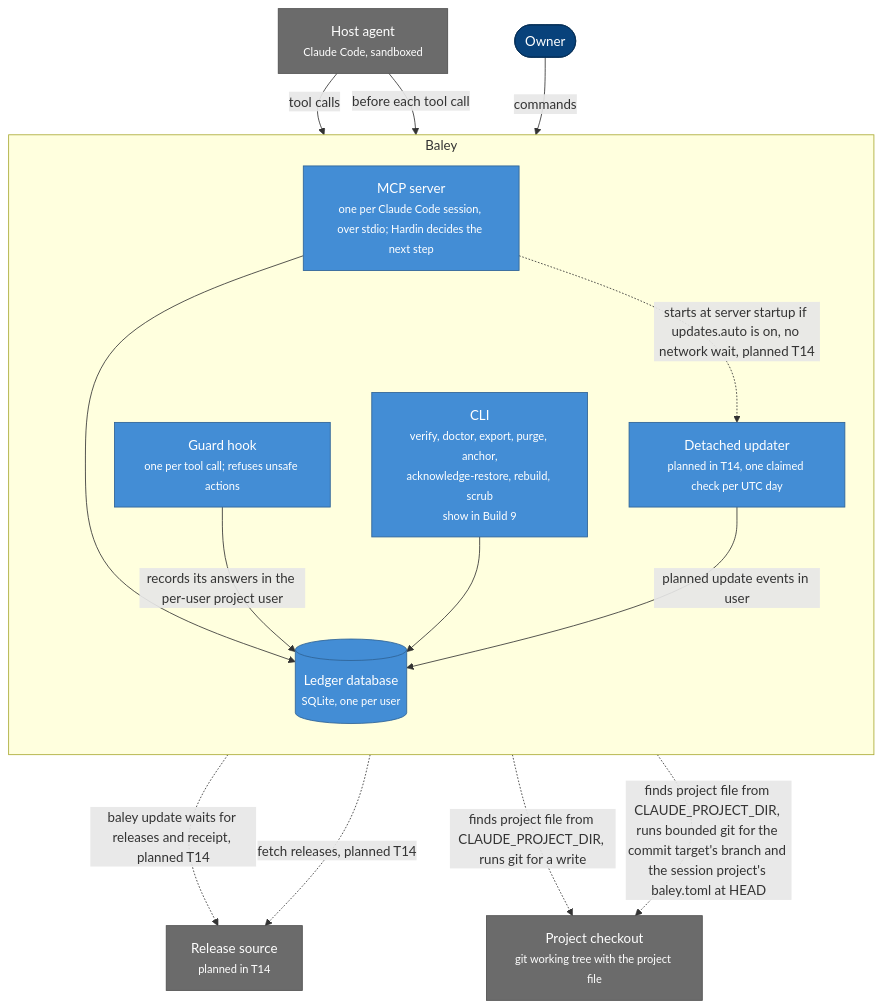
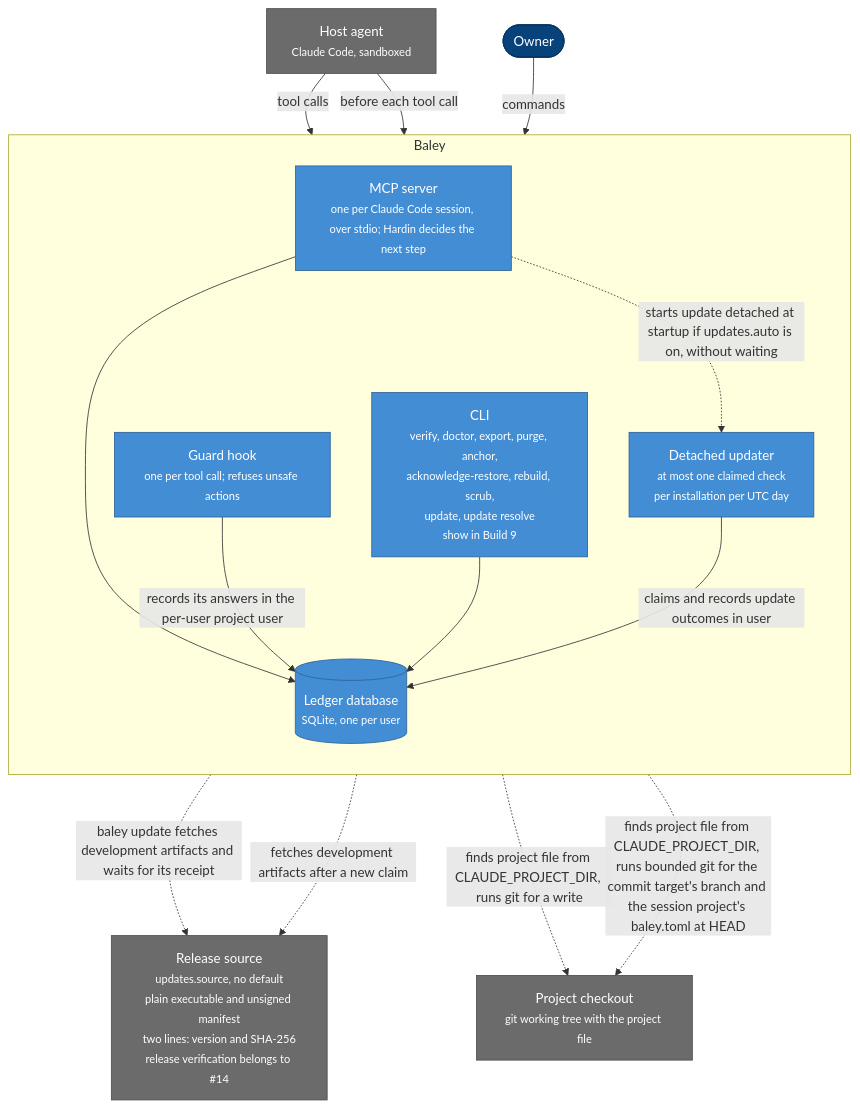
One commit to crenshawdev/baley changed the second of 14 diagrams in docs/design/0001-evidence-ledger.md. Above: the diagram before and after it, drawn with Mermaid. The commit also changed other lines of this file and 1 other file, not shown here.

First line of the commit message:
docs(design): say the ledger and settings designs' updater is built, with its claims, events and source setting

````diff
--- a/docs/design/0001-evidence-ledger.md
+++ b/docs/design/0001-evidence-ledger.md
@@ -158,33 +158,33 @@
 ```mermaid
 flowchart TB
   owner(["Owner"])
   host["Host agent<br/><small>Claude Code, sandboxed</small>"]
   subgraph baley [Baley]
     direction TB
     server["MCP server<br/><small>one per Claude Code session, over stdio; Hardin decides the next step</small>"]
     guard["Guard hook<br/><small>one per tool call; refuses unsafe actions</small>"]
-    cli["CLI<br/><small>verify, doctor, export, purge, anchor,<br/>acknowledge-restore, rebuild, scrub<br/>show in Build 9</small>"]
-    updater["Detached updater<br/><small>planned in T14, one claimed check per UTC day</small>"]
+    cli["CLI<br/><small>verify, doctor, export, purge, anchor,<br/>acknowledge-restore, rebuild, scrub,<br/>update, update resolve<br/>show in Build 9</small>"]
+    updater["Detached updater<br/><small>at most one claimed check<br/>per installation per UTC day</small>"]
     db[("Ledger database<br/><small>SQLite, one per user</small>")]
   end
-  releases["Release source<br/><small>planned in T14</small>"]
+  releases["Release source<br/><small>updates.source, no default<br/>plain executable and unsigned manifest<br/>two lines: version and SHA-256<br/>release verification belongs to #14</small>"]
   checkout["Project checkout<br/><small>git working tree with the project file</small>"]
   host -->|tool calls| server
   host -->|before each tool call| guard
   owner -->|commands| cli
   server --> db
   guard -->|records its answers in the per-user project user| db
   cli --> db
-  server -.->|starts at server startup if updates.auto is on, no network wait, planned T14| updater
-  updater -->|planned update events in user| db
-  cli -.->|baley update waits for releases and receipt, planned T14| releases
-  updater -.->|fetch releases, planned T14| releases
+  server -.->|starts update detached at startup if updates.auto is on, without waiting| updater
+  updater -->|claims and records update outcomes in user| db
+  cli -.->|baley update fetches development artifacts and waits for its receipt| releases
+  updater -.->|fetches development artifacts after a new claim| releases
   server -.->|finds project file from CLAUDE_PROJECT_DIR, runs git for a write| checkout
   guard -.->|finds project file from CLAUDE_PROJECT_DIR, runs bounded git for the commit target's branch and the session project's baley.toml at HEAD| checkout
   classDef person fill:#08427b,stroke:#052e56,color:#fff
   classDef container fill:#438dd5,stroke:#2e6295,color:#fff
   classDef external fill:#6b6b6b,stroke:#4d4d4d,color:#fff
   class owner person
   class server,guard,cli,updater,db container
   class host,checkout,releases external
 ```
````
